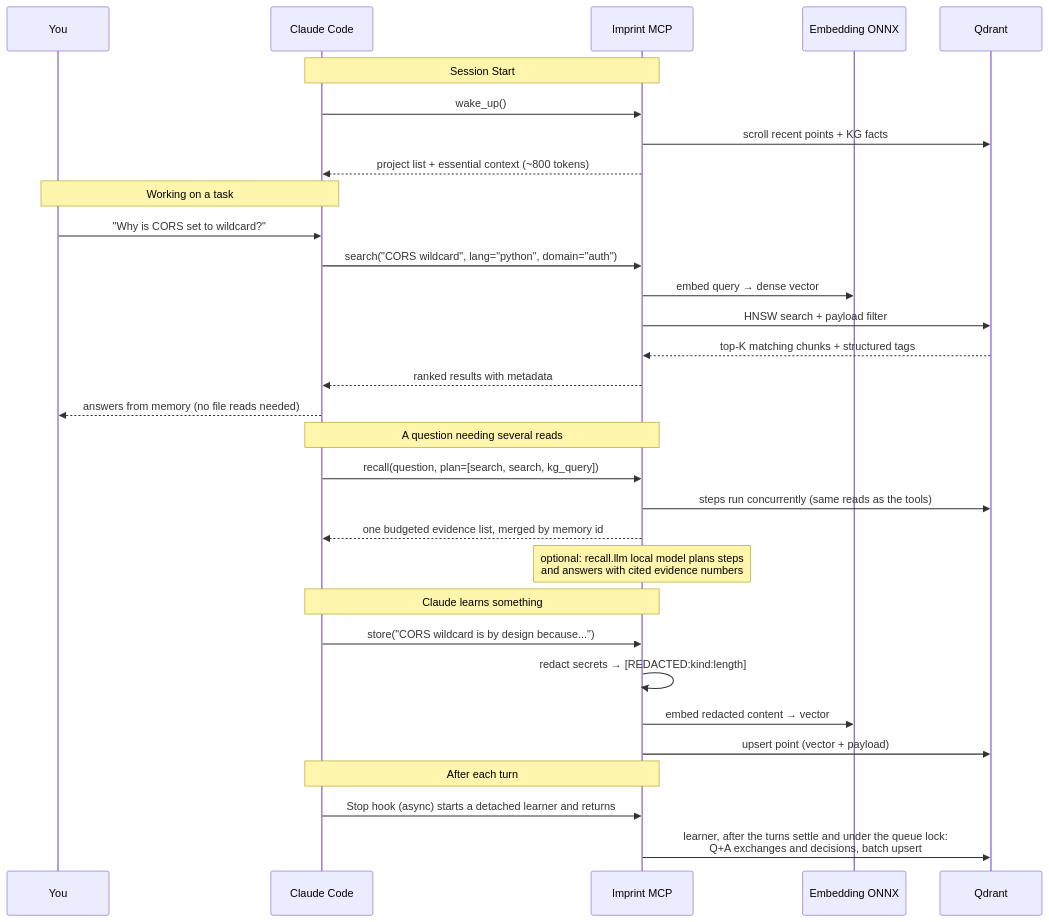
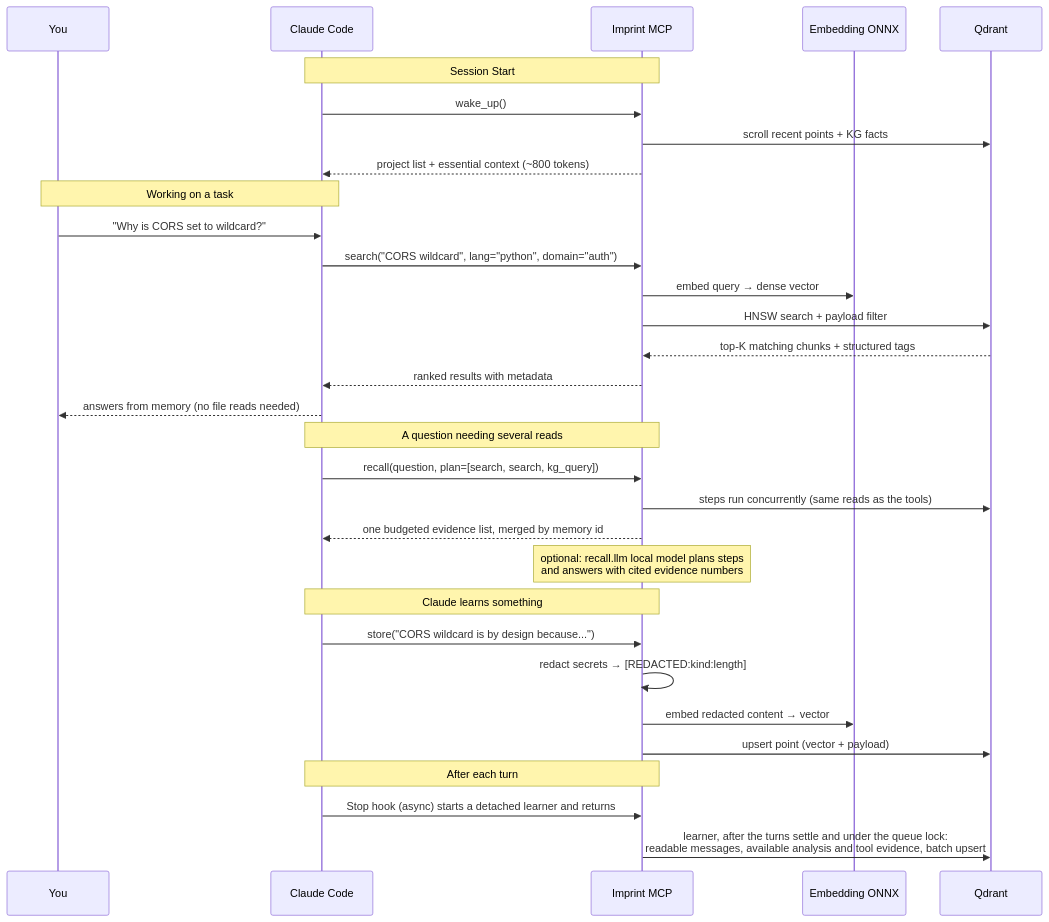
The second of 3 diagrams in docs/architecture.md (alexandruleca/imprint-memory-layer), drawn with Mermaid before and after one commit. The commit also changed other lines of this file and 47 other files, not shown here.

````diff
--- a/docs/architecture.md
+++ b/docs/architecture.md
@@ -108,38 +109,38 @@
 ```mermaid
 sequenceDiagram
     participant U as You
     participant C as Claude Code
     participant K as Imprint MCP
     participant E as Embedding ONNX
     participant Q as Qdrant
 
     Note over C,K: Session Start
     C->>K: wake_up()
     K->>Q: scroll recent points + KG facts
     K-->>C: project list + essential context (~800 tokens)
 
     Note over U,C: Working on a task
     U->>C: "Why is CORS set to wildcard?"
     C->>K: search("CORS wildcard", lang="python", domain="auth")
     K->>E: embed query → dense vector
     K->>Q: HNSW search + payload filter
     Q-->>K: top-K matching chunks + structured tags
     K-->>C: ranked results with metadata
     C-->>U: answers from memory (no file reads needed)
 
     Note over C,K: A question needing several reads
     C->>K: recall(question, plan=[search, search, kg_query])
     K->>Q: steps run concurrently (same reads as the tools)
     K-->>C: one budgeted evidence list, merged by memory id
     Note over K: optional: recall.llm local model plans steps<br/>and answers with cited evidence numbers
 
     Note over C,K: Claude learns something
     C->>K: store("CORS wildcard is by design because...")
     K->>K: redact secrets → [REDACTED:kind:length]
     K->>E: embed redacted content → vector
     K->>Q: upsert point (vector + payload)
 
     Note over C,K: After each turn
     C->>K: Stop hook (async) starts a detached learner and returns
-    K->>Q: learner, after the turns settle and under the queue lock:<br/>Q+A exchanges and decisions, batch upsert
+    K->>Q: learner, after the turns settle and under the queue lock:<br/>readable messages, available analysis and tool evidence, batch upsert
 ```
````
